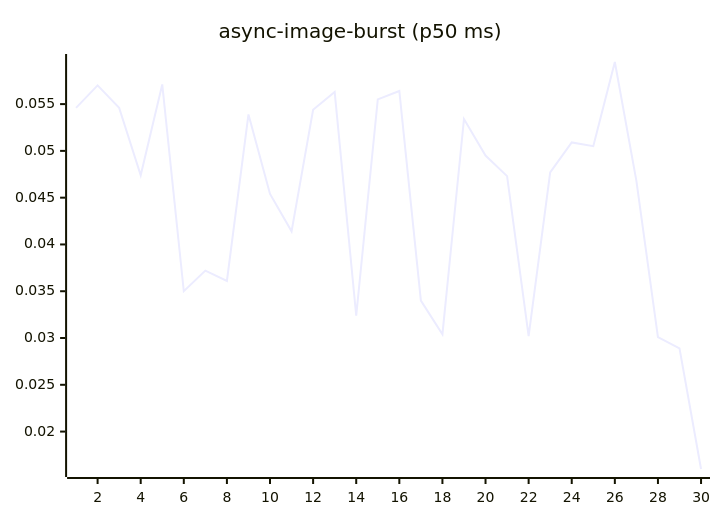
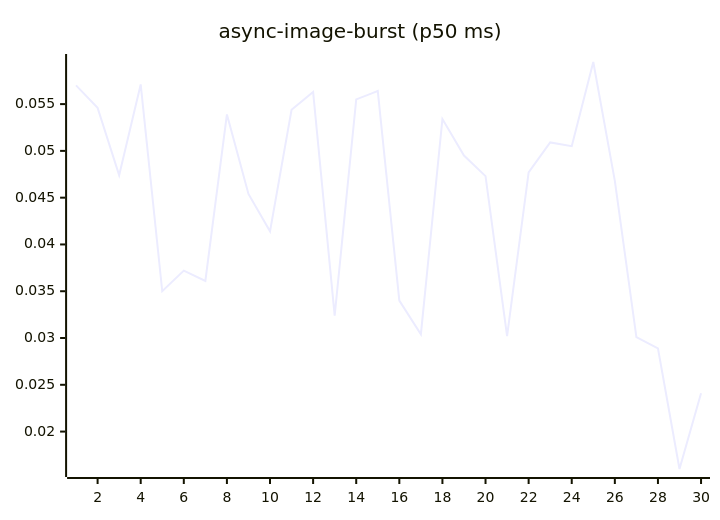
The fourth of 27 diagrams in README.md (josha/Facet), drawn with Mermaid before and after one commit. The commit also changed other lines of this file and 2 other files, not shown here.

````diff
--- a/README.md
+++ b/README.md
@@ -84,6 +84,6 @@
 ```mermaid
 xychart-beta
     title "async-image-burst (p50 ms)"
     x-axis 1 --> 30
-    line [0.0546, 0.0570, 0.0546, 0.0474, 0.0571, 0.0350, 0.0372, 0.0361, 0.0539, 0.0454, 0.0414, 0.0544, 0.0563, 0.0324, 0.0555, 0.0564, 0.0340, 0.0304, 0.0534, 0.0495, 0.0473, 0.0302, 0.0477, 0.0509, 0.0505, 0.0595, 0.0468, 0.0301, 0.0289, 0.0160]
+    line [0.0570, 0.0546, 0.0474, 0.0571, 0.0350, 0.0372, 0.0361, 0.0539, 0.0454, 0.0414, 0.0544, 0.0563, 0.0324, 0.0555, 0.0564, 0.0340, 0.0304, 0.0534, 0.0495, 0.0473, 0.0302, 0.0477, 0.0509, 0.0505, 0.0595, 0.0468, 0.0301, 0.0289, 0.0160, 0.0241]
 ```
````
